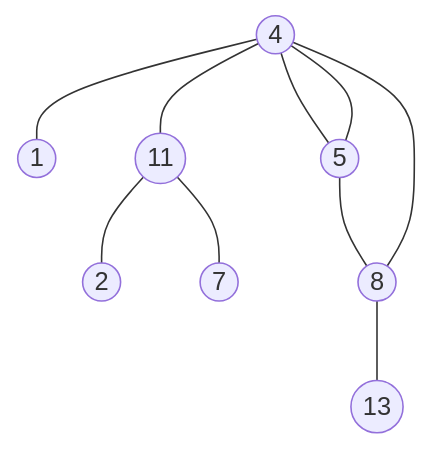
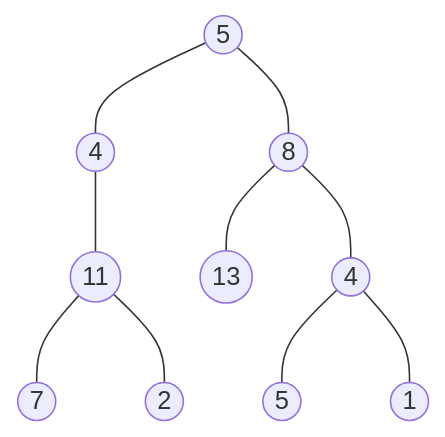
One commit to PasseRR/JavaLeetCode changed the diagram in docs/_chapters/4.lcci/page1/0412.md. Above: the diagram before and after it, drawn with Mermaid. The commit also changed 8 other files, not shown here.

````diff
--- a/docs/_chapters/4.lcci/page1/0412.md
+++ b/docs/_chapters/4.lcci/page1/0412.md
@@ -18,12 +18,12 @@
 ```mermaid
 graph TB
-5((5)) --- 4((4))
+5((5)) --- 4_1((4))
 5 --- 8((8))
-4 --- 11((11))
+4_1 --- 11((11))
 11 --- 7((7))
 11 --- 2((2))
 8 --- 13((13))
-8 --- 4((4))
-4 --- 5((5))
-4 --- 1((1))
+8 --- 4_2((4))
+4_2 --- 5_1((5))
+4_2 --- 1((1))
 ```
````
